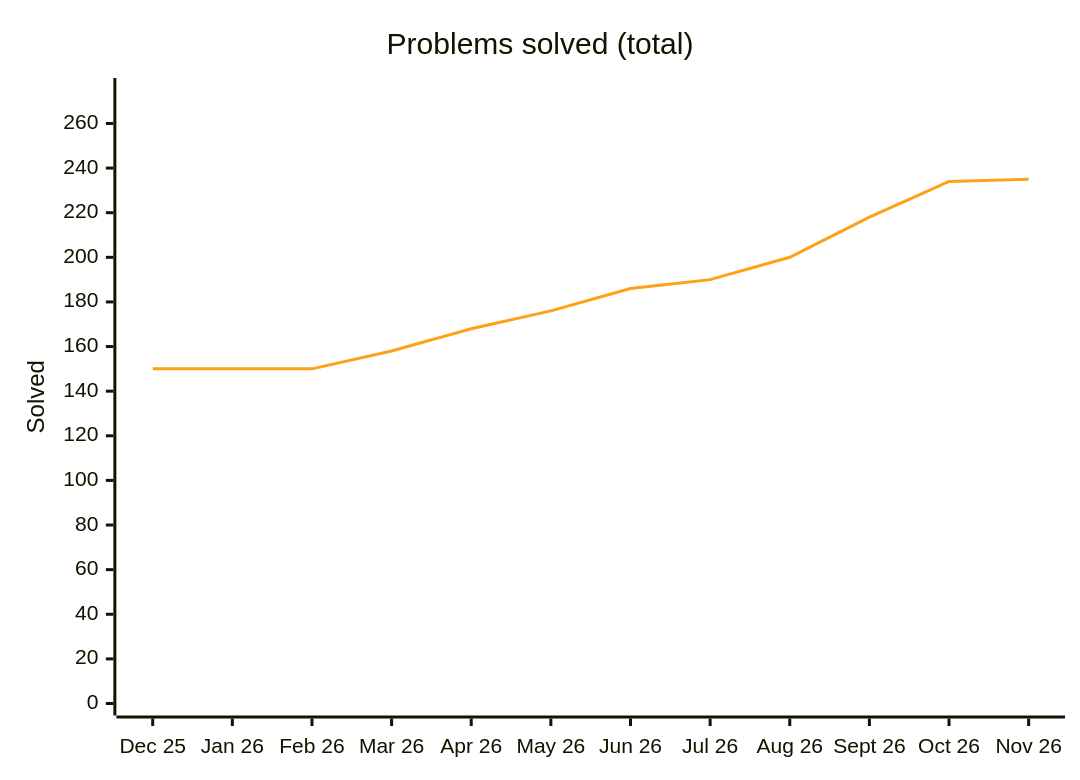
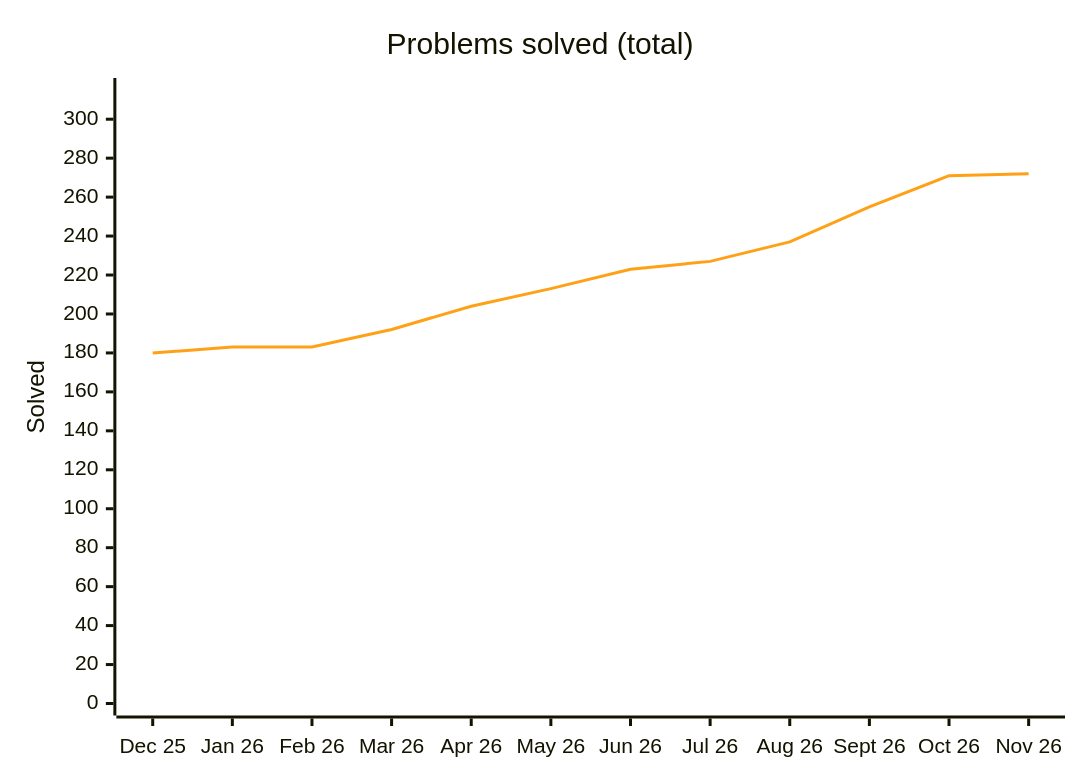
One commit to Ved-u/Java-DSA changed the diagram in README.md. Above: the diagram before and after it, drawn with Mermaid. The commit also changed other lines of this file and 39 other files, not shown here.

````diff
--- a/README.md
+++ b/README.md
@@ -53,8 +53,8 @@
 ```mermaid
 %%{init: {"themeVariables": {"xyChart": {"plotColorPalette": "#ffa116"}}}}%%
 xychart-beta
     title "Problems solved (total)"
     x-axis ["Dec 25", "Jan 26", "Feb 26", "Mar 26", "Apr 26", "May 26", "Jun 26", "Jul 26", "Aug 26", "Sept 26", "Oct 26", "Nov 26"]
-    y-axis "Solved" 0 --> 275
-    line [150, 150, 150, 158, 168, 176, 186, 190, 200, 218, 234, 235]
+    y-axis "Solved" 0 --> 315
+    line [180, 183, 183, 192, 204, 213, 223, 227, 237, 255, 271, 272]
 ```
````
